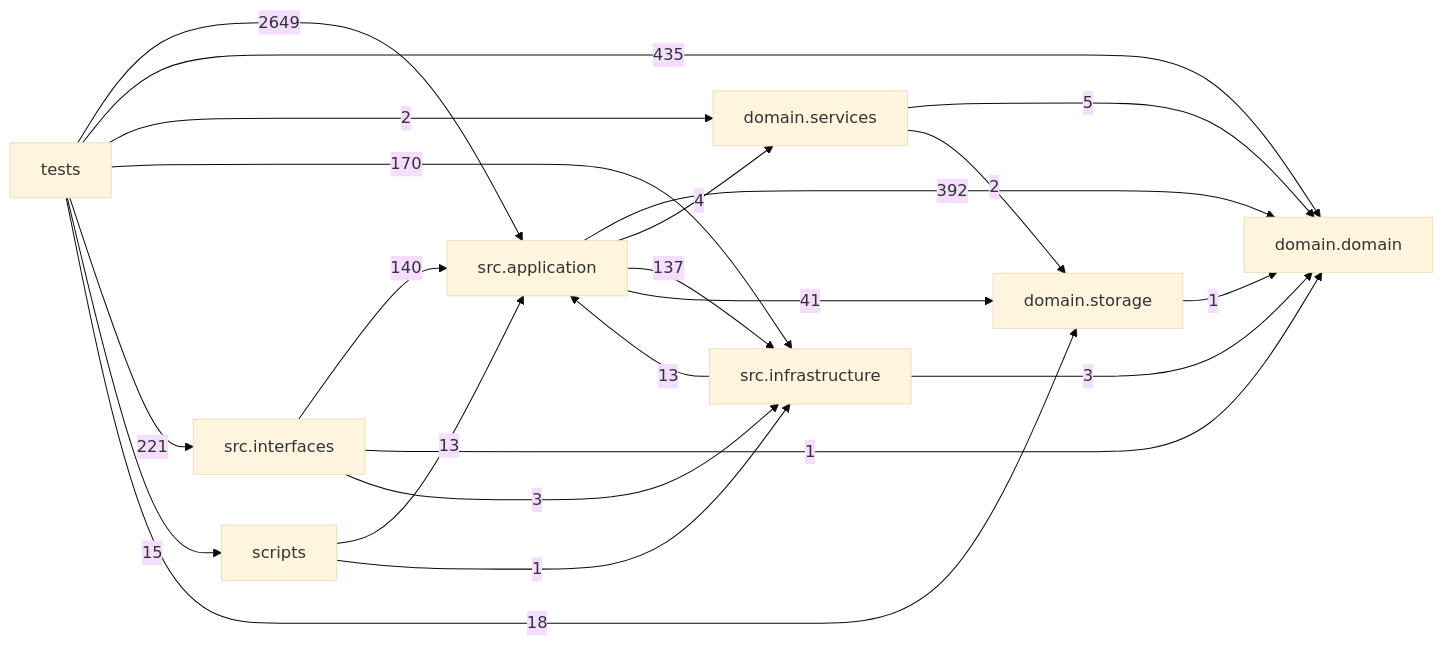
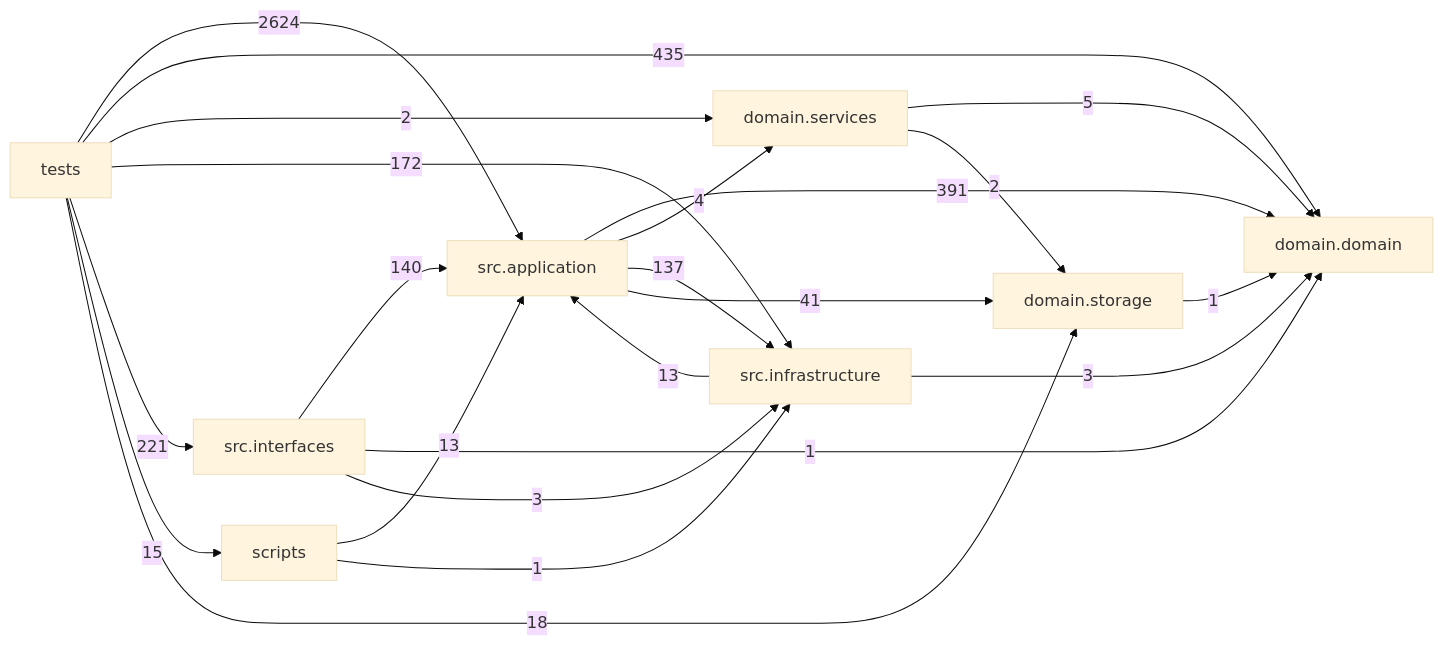
The diagram in docs/DEPENDENCY_GRAPH.md (liuxie066/options-monitor), drawn with Mermaid (base theme) before and after one commit. The commit also changed other lines of this file and 9 other files, not shown here.

````diff
--- a/docs/DEPENDENCY_GRAPH.md
+++ b/docs/DEPENDENCY_GRAPH.md
@@ -24,32 +24,32 @@
 ```mermaid
 flowchart LR
   tests["tests"]
   scripts["scripts"]
   interfaces["src.interfaces"]
   application["src.application"]
   infrastructure["src.infrastructure"]
   domain_services["domain.services"]
   domain["domain.domain"]
   storage["domain.storage"]
-  application -->|392| domain
+  application -->|391| domain
   application -->|4| domain_services
   application -->|137| infrastructure
   application -->|41| storage
   domain_services -->|5| domain
   domain_services -->|2| storage
   infrastructure -->|13| application
   infrastructure -->|3| domain
   interfaces -->|140| application
   interfaces -->|1| domain
   interfaces -->|3| infrastructure
   scripts -->|13| application
   scripts -->|1| infrastructure
   storage -->|1| domain
-  tests -->|2649| application
+  tests -->|2624| application
   tests -->|435| domain
   tests -->|2| domain_services
-  tests -->|170| infrastructure
+  tests -->|172| infrastructure
   tests -->|221| interfaces
   tests -->|15| scripts
   tests -->|18| storage
 ```
````
